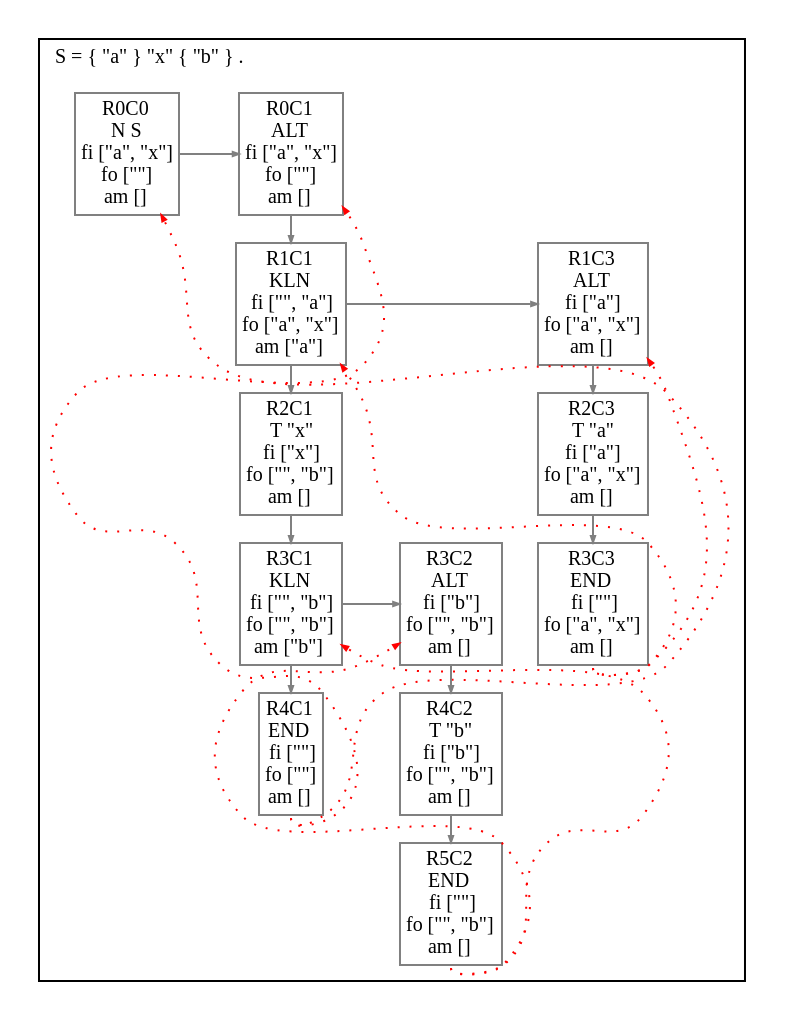
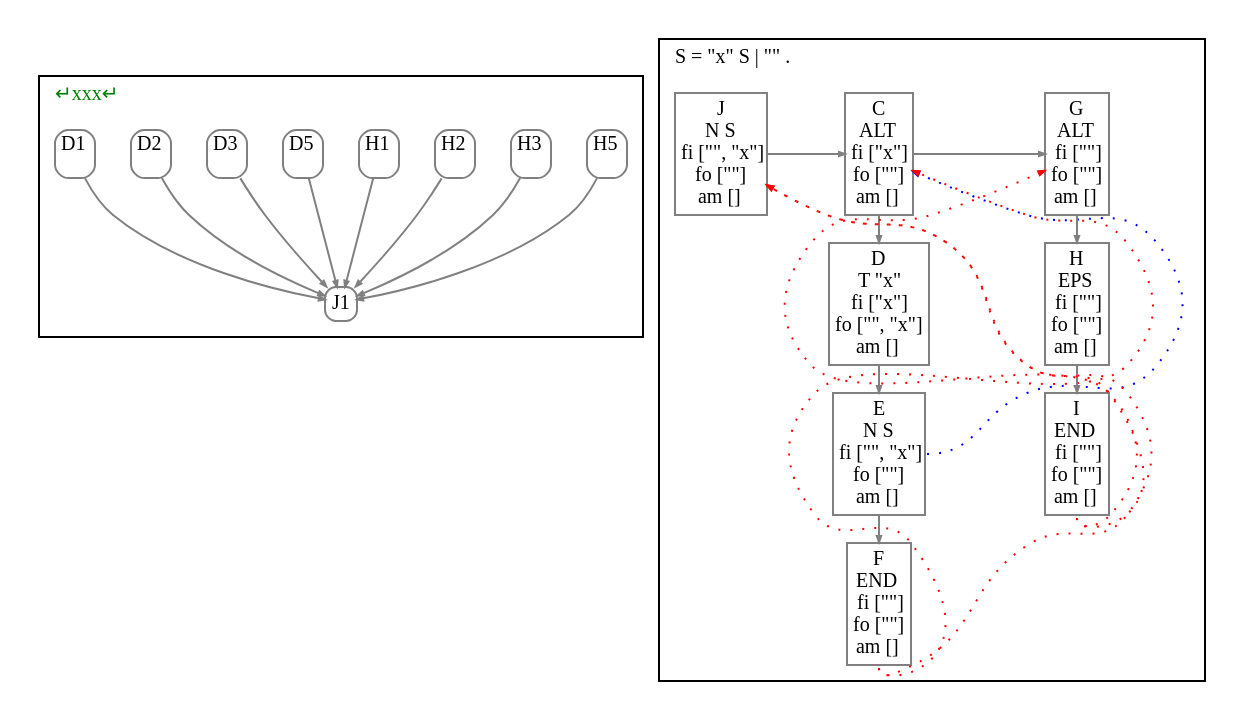
Before and after one commit to JanWillemBrands/AoC2021: the diagram in ART.gv, drawn with Graphviz. The commit also changed 14 other files, not shown here.

```diff
--- a/ART.gv
+++ b/ART.gv
@@ -1,66 +1,65 @@
 digraph G {
   fontname = Menlo
   fontsize = 10
   node [fontname = Menlo, fontsize = 10, color = gray, height = 0, width = 0, margin= 0.04]
   edge [fontname = Menlo, fontsize = 10, color = gray, arrowsize = 0.3]
   graph [ordering = out, ranksep = 0.2]
   rankdir = "TB"
+  subgraph GSS {
+    cluster = true
+    label = <↵xxx↵> fontcolor = green
+    labeljust = l
+    node [shape = box, style = rounded, height = 0]
+    H5 [label = <H5<br/><font color="gray" point-size="8.0"> </font>>]
+    H5 -> J1
+    H3 [label = <H3<br/><font color="gray" point-size="8.0"> </font>>]
+    H3 -> J1
+    H2 [label = <H2<br/><font color="gray" point-size="8.0"> </font>>]
+    H2 -> J1
+    H1 [label = <H1<br/><font color="gray" point-size="8.0"> </font>>]
+    H1 -> J1
+    D5 [label = <D5<br/><font color="gray" point-size="8.0"> </font>>]
+    D5 -> J1
+    D3 [label = <D3<br/><font color="gray" point-size="8.0"> </font>>]
+    D3 -> J1
+    D2 [label = <D2<br/><font color="gray" point-size="8.0"> </font>>]
+    D2 -> J1
+    D1 [label = <D1<br/><font color="gray" point-size="8.0"> </font>>]
+    D1 -> J1
+  }
   subgraph clusterS {
     node [shape = box]
-    label = <S = { "a" } "x" { "b" } .>
+    label = <S = "x" S | "" .>
     labeljust = l
-    R0C0 [label = <R0C0<br/>N S<br/>fi ["a", "x"]<br/>fo [""]<br/>am []>]
-    R0C1 [label = <R0C1<br/>ALT <br/>fi ["a", "x"]<br/>fo [""]<br/>am []>]
-    R1C1 [label = <R1C1<br/>KLN <br/>fi ["", "a"]<br/>fo ["a", "x"]<br/>am ["a"]>]
-    R2C1 [label = <R2C1<br/>T "x"<br/>fi ["x"]<br/>fo ["", "b"]<br/>am []>]
-    R3C1 [label = <R3C1<br/>KLN <br/>fi ["", "b"]<br/>fo ["", "b"]<br/>am ["b"]>]
-    R4C1 [label = <R4C1<br/>END <br/>fi [""]<br/>fo [""]<br/>am []>]
-    R3C1:s -> R4C1 [weight=100000000]
-    R3C2 [label = <R3C2<br/>ALT <br/>fi ["b"]<br/>fo ["", "b"]<br/>am []>]
-    R4C2 [label = <R4C2<br/>T "b"<br/>fi ["b"]<br/>fo ["", "b"]<br/>am []>]
-    R5C2 [label = <R5C2<br/>END <br/>fi [""]<br/>fo ["", "b"]<br/>am []>]
-    R4C2:s -> R5C2 [weight=100000000]
-    R3C2:s -> R4C2 [weight=100000000]
-    rank = same {R3C1 -> R3C2}
+    R0C0 [label = <J<br/>N S<br/>fi ["", "x"]<br/>fo [""]<br/>am []>]
+    R0C1 [label = <C<br/>ALT <br/>fi ["x"]<br/>fo [""]<br/>am []>]
+    R1C1 [label = <D<br/>T "x"<br/>fi ["x"]<br/>fo ["", "x"]<br/>am []>]
+    R2C1 [label = <E<br/>N S<br/>fi ["", "x"]<br/>fo [""]<br/>am []>]
+    R3C1 [label = <F<br/>END <br/>fi [""]<br/>fo [""]<br/>am []>]
     R2C1:s -> R3C1 [weight=100000000]
     R1C1:s -> R2C1 [weight=100000000]
-    R1C3 [label = <R1C3<br/>ALT <br/>fi ["a"]<br/>fo ["a", "x"]<br/>am []>]
-    R2C3 [label = <R2C3<br/>T "a"<br/>fi ["a"]<br/>fo ["a", "x"]<br/>am []>]
-    R3C3 [label = <R3C3<br/>END <br/>fi [""]<br/>fo ["a", "x"]<br/>am []>]
-    R2C3:s -> R3C3 [weight=100000000]
-    R1C3:s -> R2C3 [weight=100000000]
-    rank = same {R1C1 -> R1C3}
     R0C1:s -> R1C1 [weight=100000000]
+    R0C2 [label = <G<br/>ALT <br/>fi [""]<br/>fo [""]<br/>am []>]
+    R1C2 [label = <H<br/>EPS <br/>fi [""]<br/>fo [""]<br/>am []>]
+    R2C2 [label = <I<br/>END <br/>fi [""]<br/>fo [""]<br/>am []>]
+    R1C2:s -> R2C2 [weight=100000000]
+    R0C2:s -> R1C2 [weight=100000000]
+    rank = same {R0C1 -> R0C2}
     rank = same {R0C0 -> R0C1}
     node [style = invis]
     edge [style = invis]
-    rank = same {R0C1 -> R0C2}
-    rank = same {R0C2 -> R0C3}
     R0C0 -> R1C0 [weight=100000000]
     rank = same {R1C0 -> R1C1}
-    R0C3 -> R1C3 [weight=100000000]
     R1C0 -> R2C0 [weight=100000000]
     rank = same {R2C0 -> R2C1}
-    rank = same {R2C1 -> R2C2}
-    rank = same {R2C2 -> R2C3}
     R2C0 -> R3C0 [weight=100000000]
     rank = same {R3C0 -> R3C1}
     R2C2 -> R3C2 [weight=100000000]
-    R3C0 -> R4C0 [weight=100000000]
-    rank = same {R4C0 -> R4C1}
-    R3C3 -> R4C3 [weight=100000000]
-    rank = same {R4C2 -> R4C3}
-    R4C0 -> R5C0 [weight=100000000]
-    R4C1 -> R5C1 [weight=100000000]
-    rank = same {R5C0 -> R5C1}
-    rank = same {R5C1 -> R5C2}
-    R4C3 -> R5C3 [weight=100000000]
-    rank = same {R5C2 -> R5C3}
+    rank = same {R3C1 -> R3C2}
   }
-  R4C1:s -> R0C0 [style = dotted, color = red, constraint = false]
-  R4C1:s -> R0C1 [style = dotted, color = red, constraint = false]
-  R5C2:s -> R3C1 [style = dotted, color = red, constraint = false]
-  R5C2:s -> R3C2 [style = dotted, color = red, constraint = false]
-  R3C3:s -> R1C1 [style = dotted, color = red, constraint = false]
-  R3C3:s -> R1C3 [style = dotted, color = red, constraint = false]
+  R3C1:s -> R0C0 [style = dotted, color = red, constraint = false]
+  R3C1:s -> R0C1 [style = dotted, color = red, constraint = false]
+  R2C2:s -> R0C0 [style = dotted, color = red, constraint = false]
+  R2C2:s -> R0C2 [style = dotted, color = red, constraint = false]
+  R2C1:e -> R0C1 [style = dotted, color = blue, constraint = false]
 }
```
